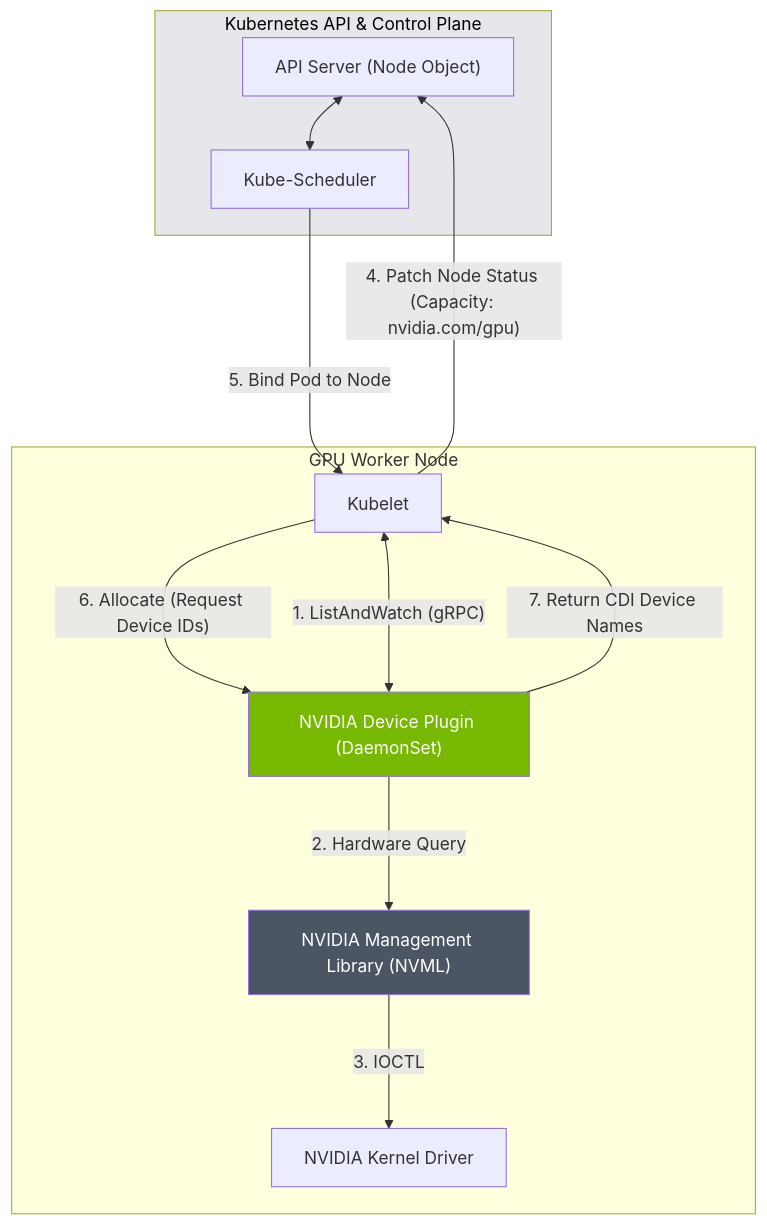
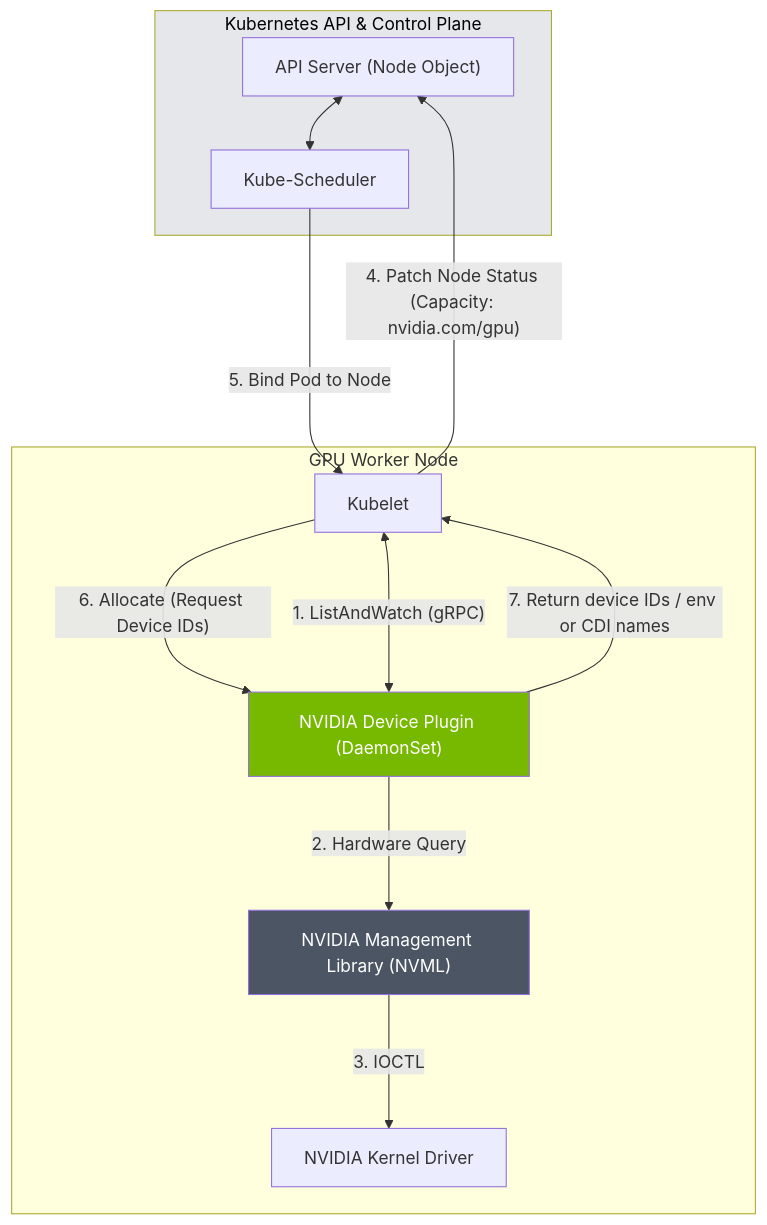
Before and after one commit to jithinpnjm/nvidia-devops: the second of 4 diagrams in docs/volume-04/02-gpu-software-operator-masterclass.md, drawn with Mermaid. The commit also changed other lines of this file and 289 other files, not shown here.

````diff
--- a/docs/volume-04/02-gpu-software-operator-masterclass.md
+++ b/docs/volume-04/02-gpu-software-operator-masterclass.md
@@ -197,28 +198,28 @@
 ```mermaid
 flowchart TD
     subgraph K8s_Control_Plane["Kubernetes API & Control Plane"]
         APIServer["API Server (Node Object)"]
         Scheduler["Kube-Scheduler"]
         APIServer <--> Scheduler
     end
 
     subgraph Node["GPU Worker Node"]
         Kubelet["Kubelet"]
         DP["NVIDIA Device Plugin (DaemonSet)"]
         NVML["NVIDIA Management Library (NVML)"]
         Driver["NVIDIA Kernel Driver"]
         
         DP -- "1. ListAndWatch (gRPC)" <--> Kubelet
         DP -- "2. Hardware Query" ---> NVML
         NVML -- "3. IOCTL" ---> Driver
         Kubelet -- "4. Patch Node Status (Capacity: nvidia.com/gpu)" ---> APIServer
         
         Scheduler -- "5. Bind Pod to Node" ---> Kubelet
         Kubelet -- "6. Allocate (Request Device IDs)" ---> DP
-        DP -- "7. Return CDI Device Names" ---> Kubelet
+        DP -- "7. Return device IDs / env or CDI names" ---> Kubelet
     end
     
     style K8s_Control_Plane fill:#e5e7eb,color:#000
     style DP fill:#76b900,color:#fff
     style NVML fill:#4b5563,color:#fff
 ```
````
